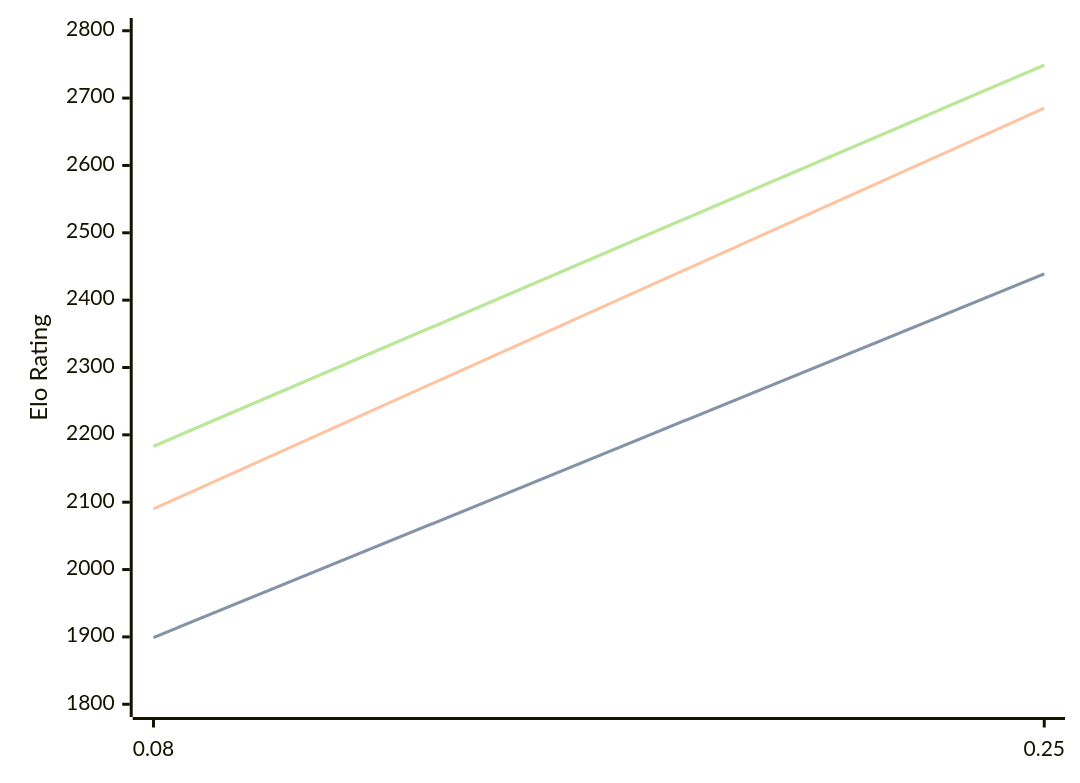
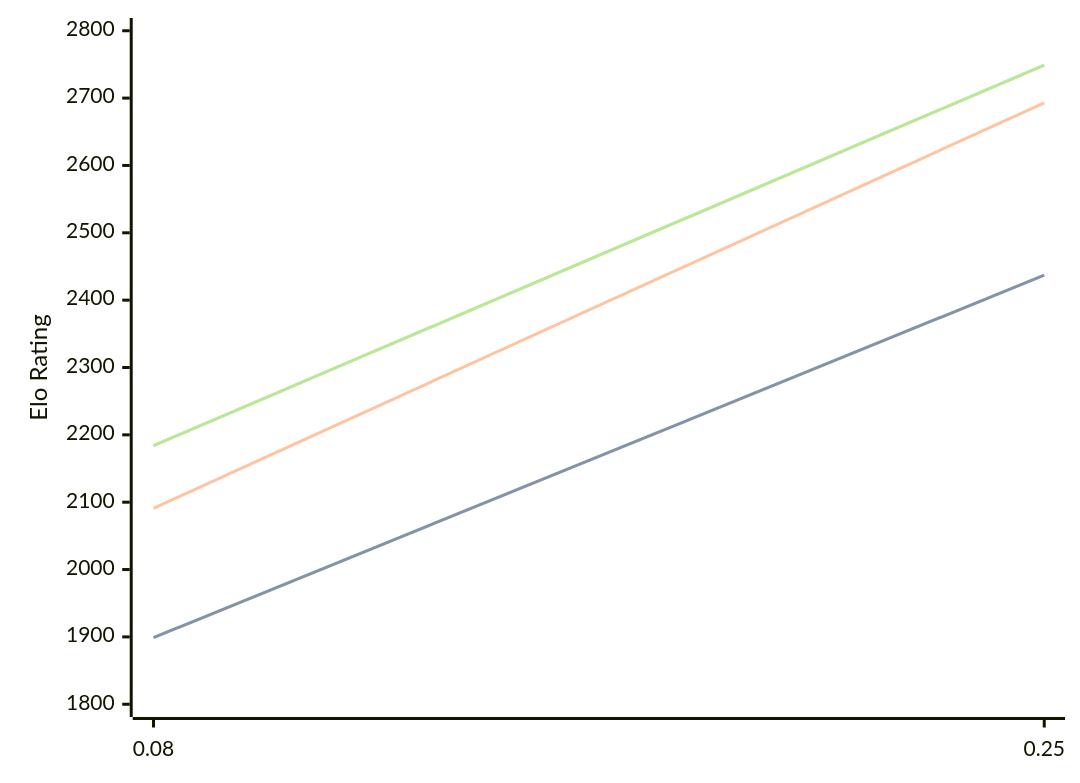
One commit to computer-chess-index/cci changed the diagram in engines/Gecko.md. Above: the diagram before and after it, drawn with Mermaid. The commit also changed other lines of this file, not shown here.

Commit message:
Update CCI Ratings (ELO VLTC) - 2026-04-11

````diff
--- a/engines/Gecko.md
+++ b/engines/Gecko.md
@@ -32,11 +32,11 @@
 ```mermaid
 %%{init: {"theme":"base","themeVariables":{"seriesColors:['#a3a3a3','#222221','#faa371']}}}%%
 xychart-beta
   x-axis ["0.08", "0.25"]
   y-axis "Elo Rating" 1800 --> 2800
-  line "STC (8.0+0.08s)" [1899, 2439]
-  line "STC (8.0+0.08s)" [1899, 2439]
-  line "LTC (60.0+0.60s)" [2090, 2685]
-  line "VLTC (2m24s+1.12s)" [2183, 2749]
-  line "VLTC (2m24s+1.12s)" [2183, 2749]
+  line "STC (8.0+0.08s)" [1899, 2437]
+  line "STC (8.0+0.08s)" [1899, 2437]
+  line "LTC (60.0+0.60s)" [2091, 2693]
+  line "VLTC (2m24s+1.12s)" [2184, 2749]
+  line "VLTC (2m24s+1.12s)" [2184, 2749]
 ```
````
